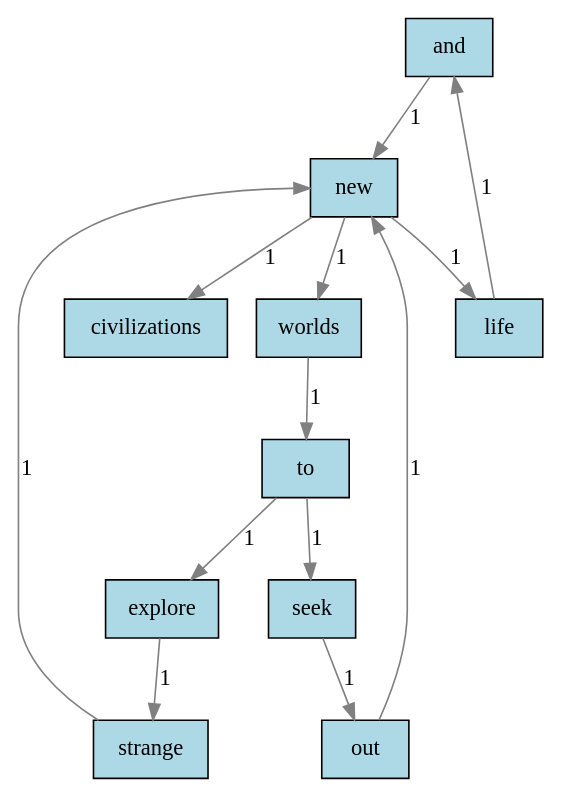
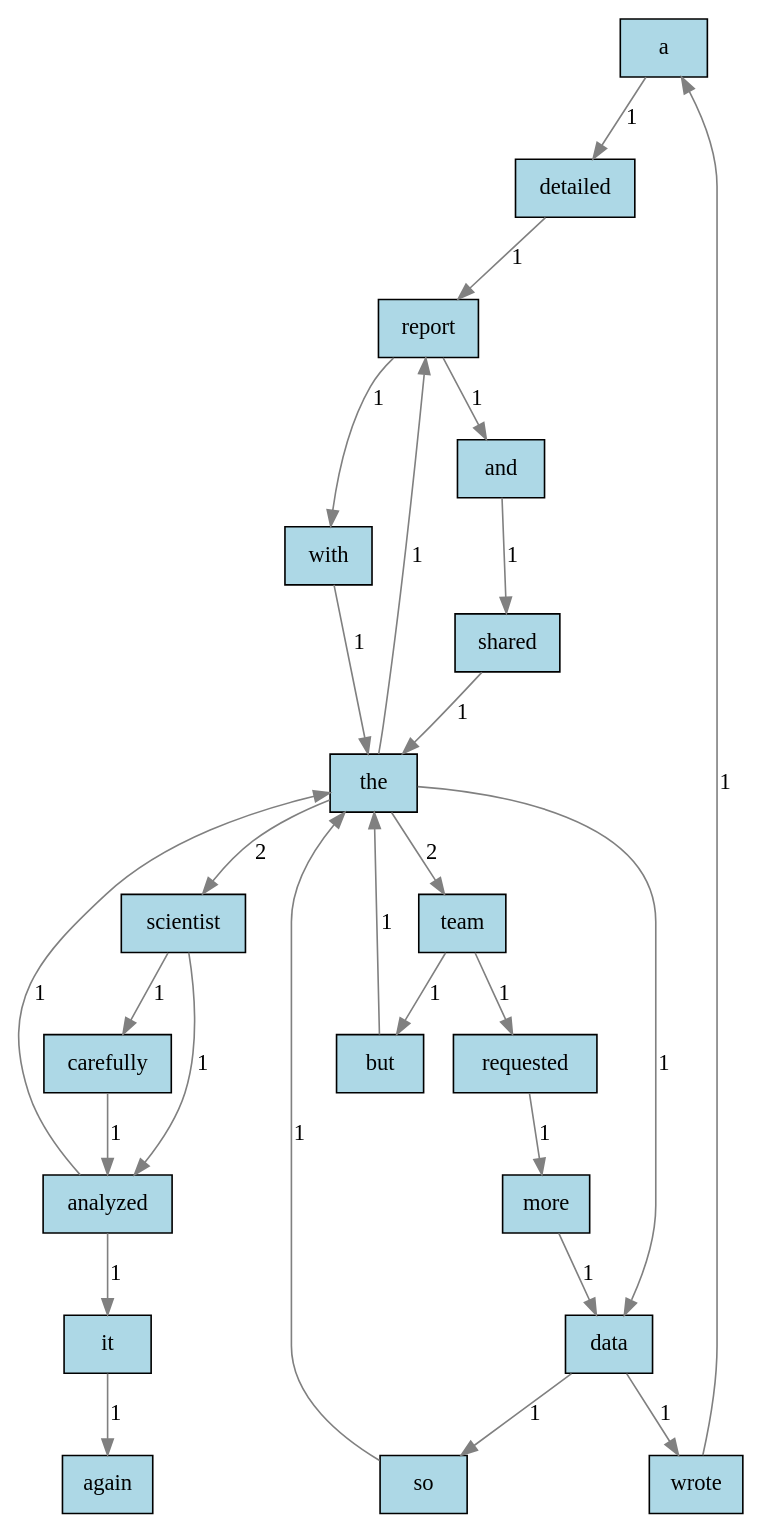
One commit to Qiaoque/Lab1-2022111385 changed the diagram in graph.dot. Above: the diagram before and after it, drawn with Graphviz. The commit also changed 4 other files, not shown here.

```diff
--- a/graph.dot
+++ b/graph.dot
@@ -1,16 +1,30 @@
 digraph TextGraph {
   node [shape=box, style=filled, fillcolor=lightblue];
   edge [color=gray];
-  "and" -> "new" [label="1"];
-  "explore" -> "strange" [label="1"];
-  "life" -> "and" [label="1"];
-  "new" -> "worlds" [label="1"];
-  "new" -> "life" [label="1"];
-  "new" -> "civilizations" [label="1"];
-  "out" -> "new" [label="1"];
-  "seek" -> "out" [label="1"];
-  "strange" -> "new" [label="1"];
-  "to" -> "explore" [label="1"];
-  "to" -> "seek" [label="1"];
-  "worlds" -> "to" [label="1"];
+  "a" -> "detailed" [label="1"];
+  "analyzed" -> "the" [label="1"];
+  "analyzed" -> "it" [label="1"];
+  "and" -> "shared" [label="1"];
+  "but" -> "the" [label="1"];
+  "carefully" -> "analyzed" [label="1"];
+  "data" -> "wrote" [label="1"];
+  "data" -> "so" [label="1"];
+  "detailed" -> "report" [label="1"];
+  "it" -> "again" [label="1"];
+  "more" -> "data" [label="1"];
+  "report" -> "and" [label="1"];
+  "report" -> "with" [label="1"];
+  "requested" -> "more" [label="1"];
+  "scientist" -> "carefully" [label="1"];
+  "scientist" -> "analyzed" [label="1"];
+  "shared" -> "the" [label="1"];
+  "so" -> "the" [label="1"];
+  "team" -> "but" [label="1"];
+  "team" -> "requested" [label="1"];
+  "the" -> "scientist" [label="2"];
+  "the" -> "data" [label="1"];
+  "the" -> "report" [label="1"];
+  "the" -> "team" [label="2"];
+  "with" -> "the" [label="1"];
+  "wrote" -> "a" [label="1"];
 }
```
